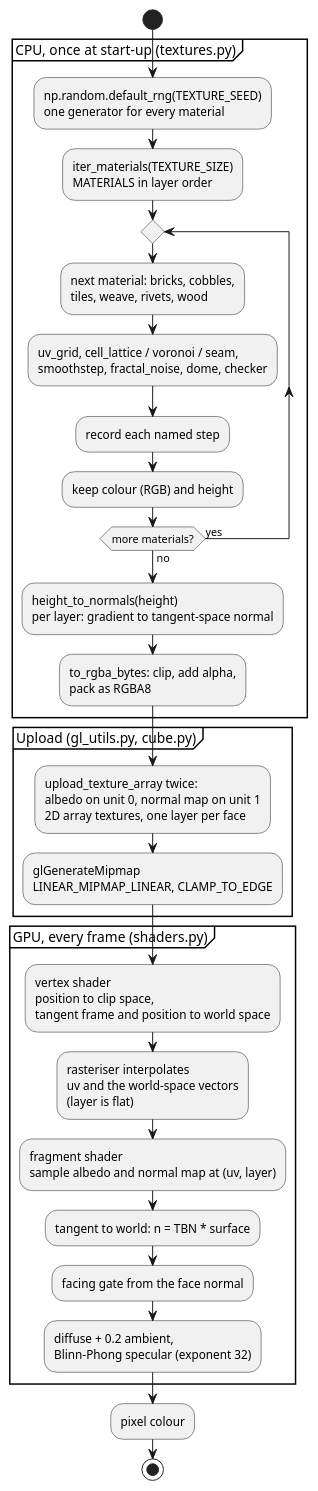
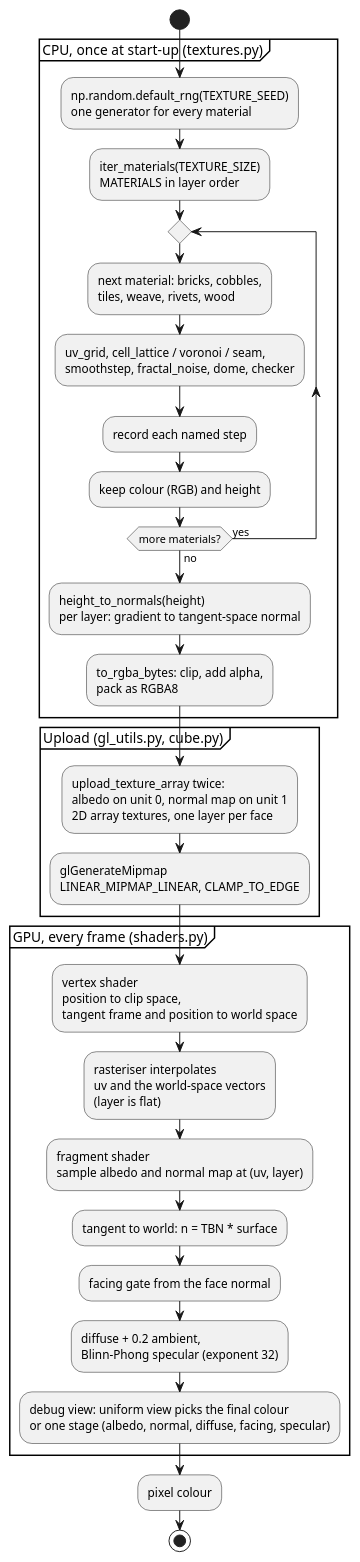
The diagram in docs/diagrams/textures.puml (esba1ley/opengl_python_qt6_test), drawn with PlantUML before and after one commit. The commit also changed 7 other files, not shown here.

```diff
--- a/docs/diagrams/textures.puml
+++ b/docs/diagrams/textures.puml
@@ -1,49 +1,51 @@
 @startuml textures
 ' Activity: from the seeded generator to one shaded pixel. Keep in step with
 ' textures.generate_texture_layers, gl_utils.upload_texture_array,
 ' cube.CubeRenderer.init_textures and shaders.CUBE_*_BODY.
 skinparam shadowing false
 
 start
 partition "CPU, once at start-up (textures.py)" {
   :np.random.default_rng(TEXTURE_SEED)
   one generator for every material;
   :iter_materials(TEXTURE_SIZE)
   MATERIALS in layer order;
   repeat
     :next material: bricks, cobbles,
     tiles, weave, rivets, wood;
     :uv_grid, cell_lattice / voronoi / seam,
     smoothstep, fractal_noise, dome, checker;
     :record each named step;
     :keep colour (RGB) and height;
   repeat while (more materials?) is (yes) not (no)
   :height_to_normals(height)
   per layer: gradient to tangent-space normal;
   :to_rgba_bytes: clip, add alpha,
   pack as RGBA8;
 }
 partition "Upload (gl_utils.py, cube.py)" {
   :upload_texture_array twice:
   albedo on unit 0, normal map on unit 1
   2D array textures, one layer per face;
   :glGenerateMipmap
   LINEAR_MIPMAP_LINEAR, CLAMP_TO_EDGE;
 }
 partition "GPU, every frame (shaders.py)" {
   :vertex shader
   position to clip space,
   tangent frame and position to world space;
   :rasteriser interpolates
   uv and the world-space vectors
   (layer is flat);
   :fragment shader
   sample albedo and normal map at (uv, layer);
   :tangent to world: n = TBN * surface;
   :facing gate from the face normal;
   :diffuse + 0.2 ambient,
   Blinn-Phong specular (exponent 32);
+  :debug view: uniform view picks the final colour
+  or one stage (albedo, normal, diffuse, facing, specular);
 }
 :pixel colour;
 stop
 @enduml
```
